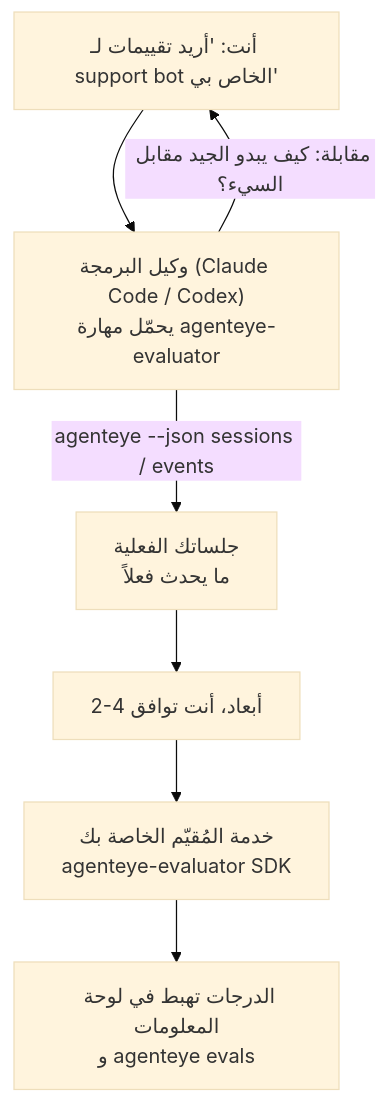
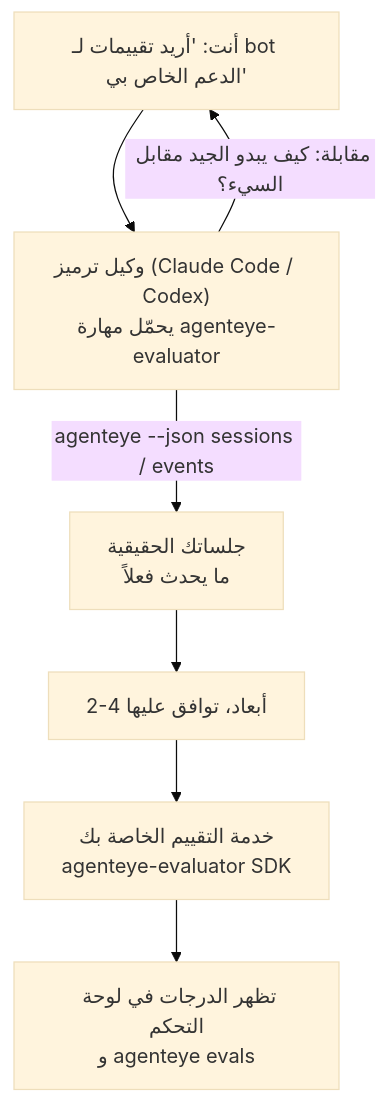
Before and after one commit to FailproofAI/failproofai: the diagram in docs/ar/agenteye/evaluator-skill.mdx, drawn with Mermaid (base theme). The commit also changed other lines of this file and 677 other files, not shown here.

````diff
--- a/docs/ar/agenteye/evaluator-skill.mdx
+++ b/docs/ar/agenteye/evaluator-skill.mdx
@@ -22,9 +22,9 @@
 ```mermaid
 flowchart TD
-    YOU["أنت: 'أريد تقييمات لـ support bot الخاص بي'"] --> AGENT["وكيل البرمجة (Claude Code / Codex)<br/>يحمّل مهارة agenteye-evaluator"]
+    YOU["أنت: 'أريد تقييمات لـ bot الدعم الخاص بي'"] --> AGENT["وكيل ترميز (Claude Code / Codex)<br/>يحمّل مهارة agenteye-evaluator"]
     AGENT -->|"مقابلة: كيف يبدو الجيد مقابل السيء؟"| YOU
-    AGENT -->|"agenteye --json sessions / events"| DATA["جلساتك الفعلية<br/>ما يحدث فعلاً"]
-    DATA --> DIMS["2-4 أبعاد، أنت توافق"]
-    DIMS --> SVC["خدمة المُقيّم الخاصة بك<br/>agenteye-evaluator SDK"]
-    SVC --> SCORES["الدرجات تهبط في لوحة المعلومات<br/>و agenteye evals"]
+    AGENT -->|"agenteye --json sessions / events"| DATA["جلساتك الحقيقية<br/>ما يحدث فعلاً"]
+    DATA --> DIMS["2-4 أبعاد، توافق عليها"]
+    DIMS --> SVC["خدمة التقييم الخاصة بك<br/>agenteye-evaluator SDK"]
+    SVC --> SCORES["تظهر الدرجات في لوحة التحكم<br/>و agenteye evals"]
 ```
````
